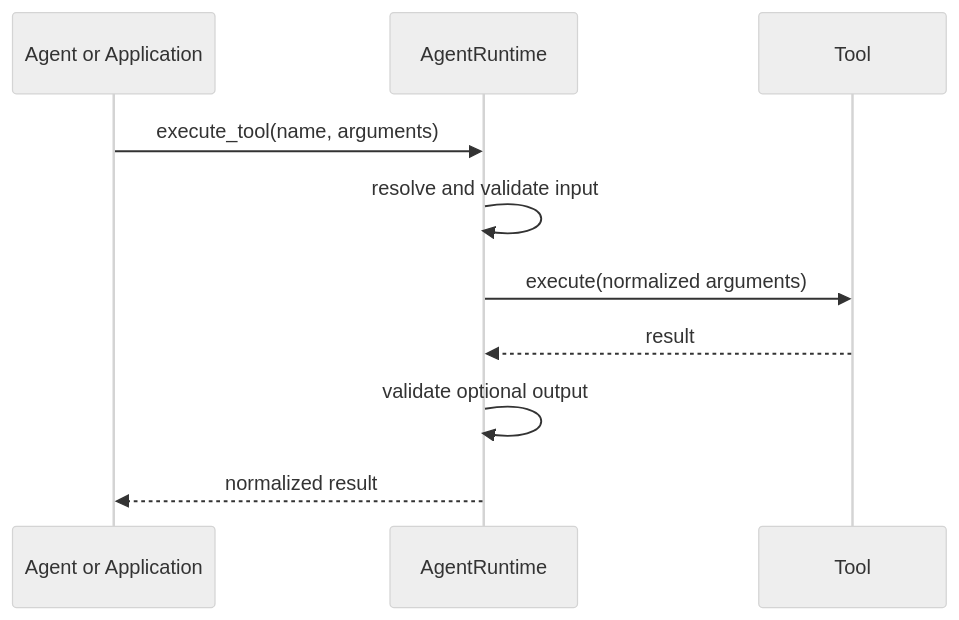
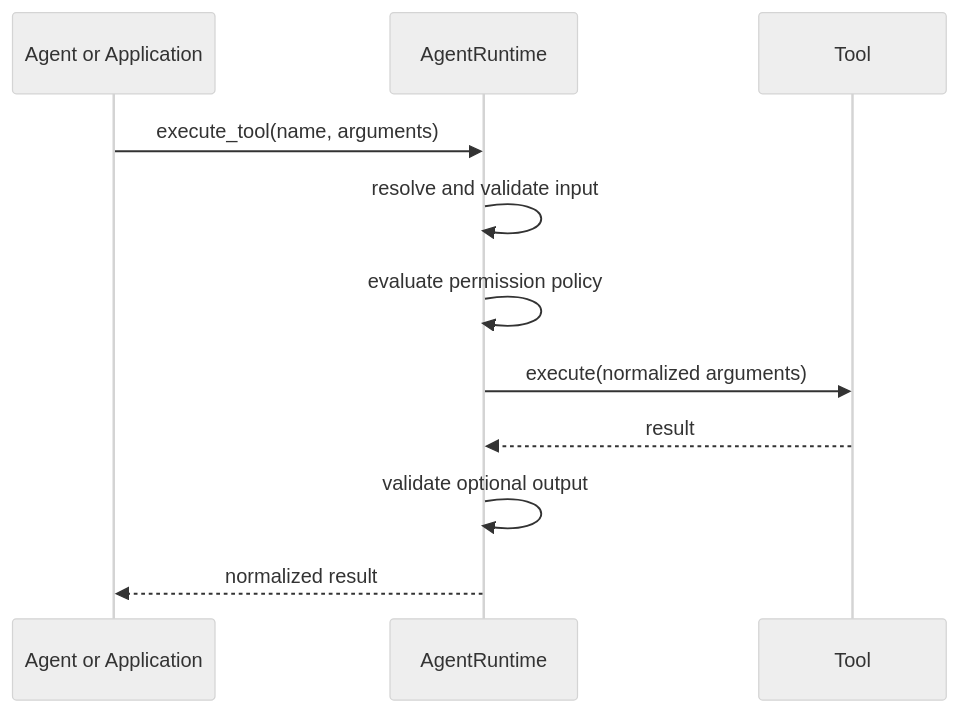
Before and after one commit to open-numa-ai/numa: the second of 2 diagrams in docs/architecture.md, drawn with Mermaid (neutral theme). The commit also changed other lines of this file and 14 other files, not shown here.

````diff
--- a/docs/architecture.md
+++ b/docs/architecture.md
@@ -195,13 +198,14 @@
 ```mermaid
 sequenceDiagram
   participant App as Agent or Application
   participant Runtime as AgentRuntime
   participant Tool
 
   App->>Runtime: execute_tool(name, arguments)
   Runtime->>Runtime: resolve and validate input
+  Runtime->>Runtime: evaluate permission policy
   Runtime->>Tool: execute(normalized arguments)
   Tool-->>Runtime: result
   Runtime->>Runtime: validate optional output
   Runtime-->>App: normalized result
 ```
````
